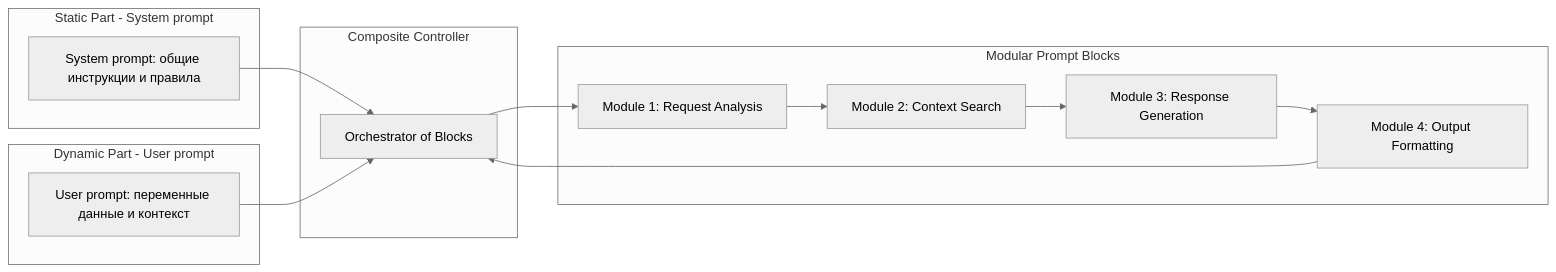
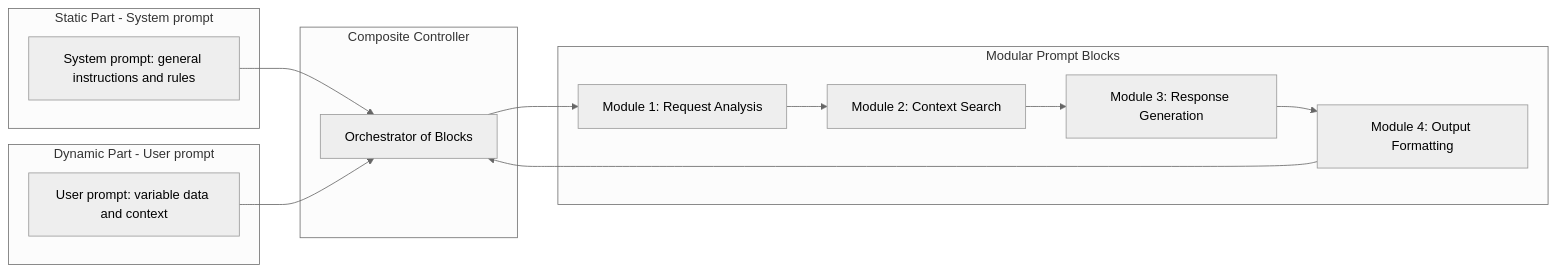
One commit to lefthand67/ai_engineering_handbook changed the diagram in in_progress/03_prompt/prompt_module_blocks_architecture_schema.md. Above: the diagram before and after it, drawn with Mermaid (neutral theme). The commit also changed other lines of this file and 1 other file, not shown here.

````diff
--- a/in_progress/03_prompt/prompt_module_blocks_architecture_schema.md
+++ b/in_progress/03_prompt/prompt_module_blocks_architecture_schema.md
@@ -31,31 +42,31 @@
 ```mermaid
 flowchart LR
-    subgraph Static [Static Part - System prompt]
-        SystemPrompt[System prompt: общие инструкции и правила]
-    end
+    subgraph Static [Static Part - System prompt]
+        SystemPrompt[System prompt: general instructions and rules]
+    end
 
-    subgraph Dynamic [Dynamic Part - User prompt]
-        UserPrompt[User prompt: переменные данные и контекст]
-    end
+    subgraph Dynamic [Dynamic Part - User prompt]
+        UserPrompt[User prompt: variable data and context]
+    end
 
-    subgraph Controller [Composite Controller]
-        ControllerBlock[Orchestrator of Blocks]
-    end
+    subgraph Controller [Composite Controller]
+        ControllerBlock[Orchestrator of Blocks]
+    end
 
-    subgraph Modules [Modular Prompt Blocks]
-        Module1[Module 1: Request Analysis]
-        Module2[Module 2: Context Search]
-        Module3[Module 3: Response Generation]
-        Module4[Module 4: Output Formatting]
-    end
+    subgraph Modules [Modular Prompt Blocks]
+        Module1[Module 1: Request Analysis]
+        Module2[Module 2: Context Search]
+        Module3[Module 3: Response Generation]
+        Module4[Module 4: Output Formatting]
+    end
 
-    SystemPrompt --> ControllerBlock
-    UserPrompt --> ControllerBlock
+    SystemPrompt --> ControllerBlock
+    UserPrompt --> ControllerBlock
 
-    ControllerBlock --> Module1
-    Module1 --> Module2
-    Module2 --> Module3
-    Module3 --> Module4
+    ControllerBlock --> Module1
+    Module1 --> Module2
+    Module2 --> Module3
+    Module3 --> Module4
 
-    Module4 --> ControllerBlock
+    Module4 --> ControllerBlock
 ```
````
